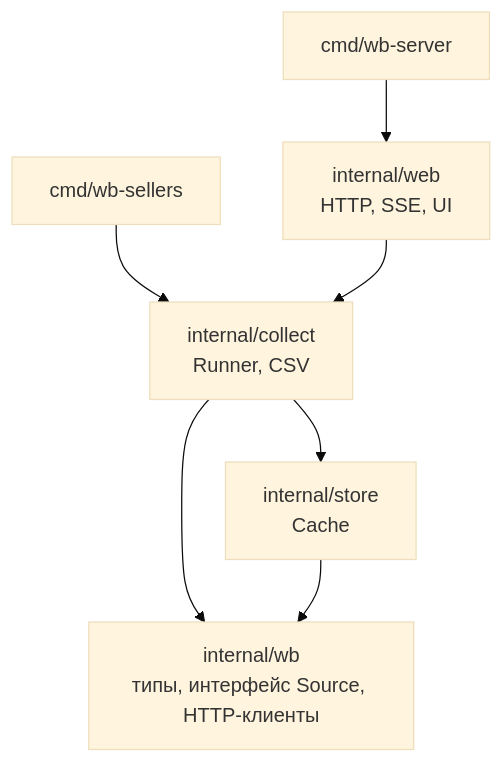
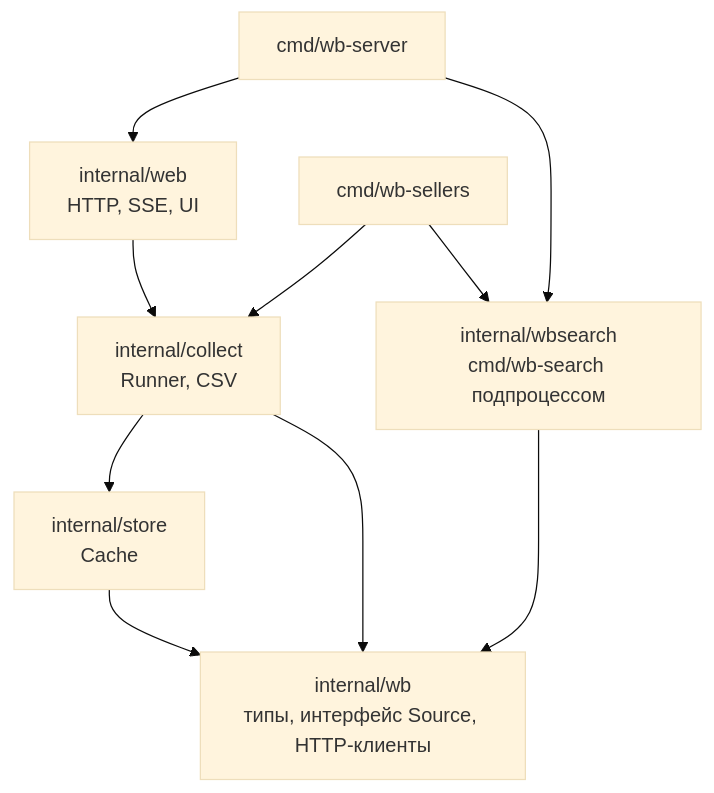
One commit to OkaneKatsuro/go-wb changed the first of 7 diagrams in README.md. Above: the diagram before and after it, drawn with Mermaid (base theme). The commit also changed other lines of this file and 9 other files, not shown here.

````diff
--- a/README.md
+++ b/README.md
@@ -37,9 +46,12 @@
 ```mermaid
 flowchart TD
     srv["cmd/wb-server"] --> web["internal/web<br/>HTTP, SSE, UI"]
     cli["cmd/wb-sellers"] --> collect
+    cli --> wbsearch["internal/wbsearch<br/>cmd/wb-search подпроцессом"]
+    srv --> wbsearch
+    wbsearch --> wb
     web --> collect["internal/collect<br/>Runner, CSV"]
     collect --> store["internal/store<br/>Cache"]
     collect --> wb["internal/wb<br/>типы, интерфейс Source, HTTP-клиенты"]
     store --> wb
 ```
````
